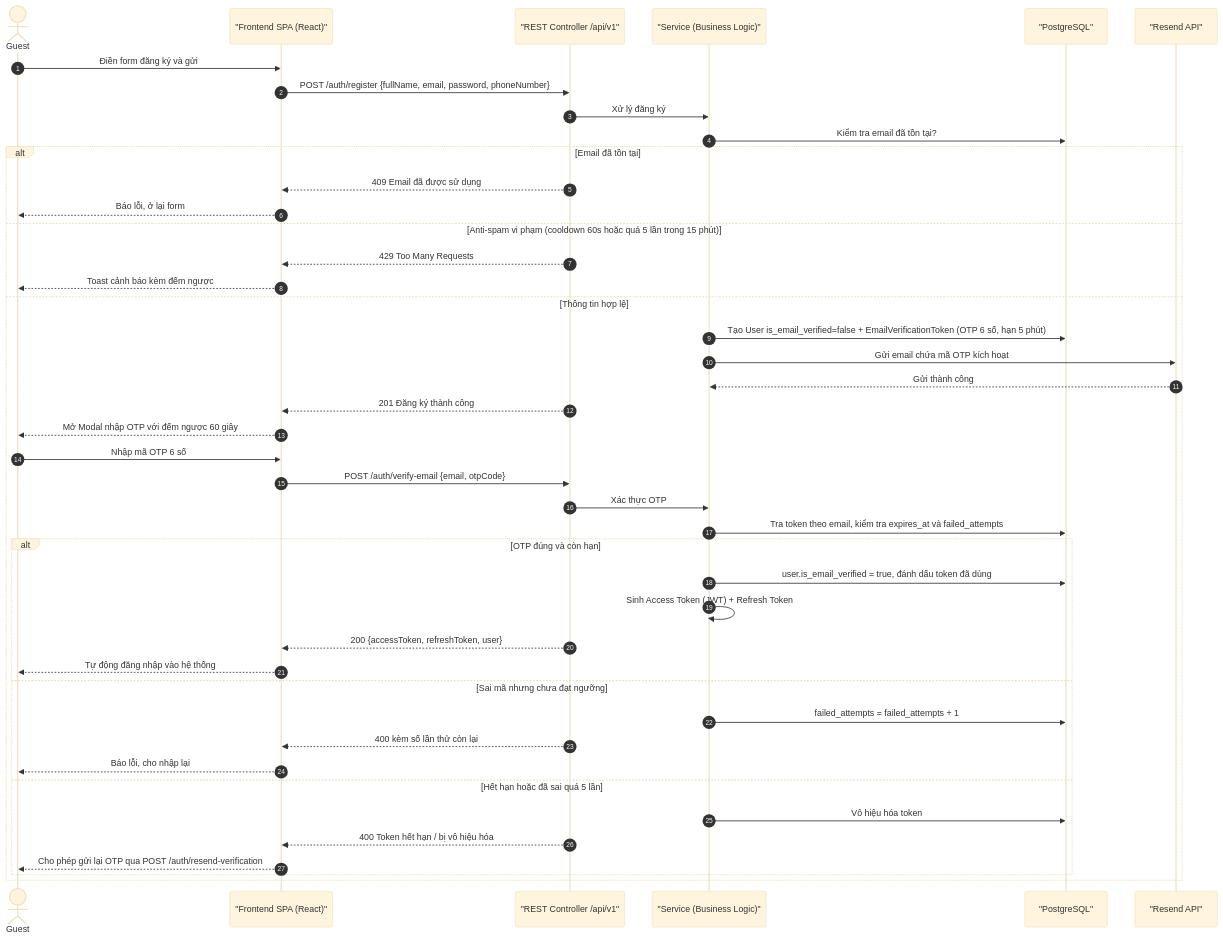
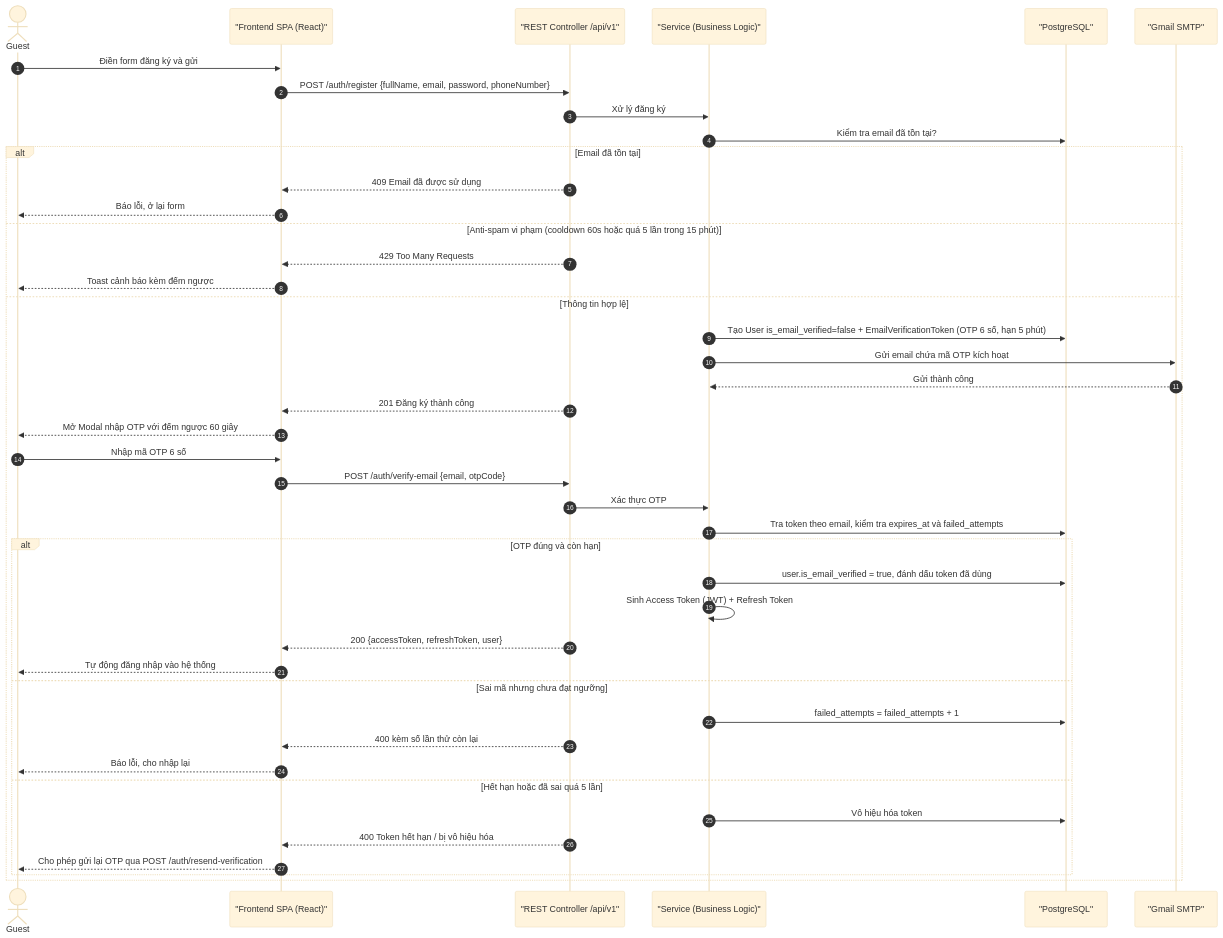
One commit to dinhtuandev/EcoMart changed the first of 2 diagrams in docs/diagrams/sequence/auth-register-login-refresh.md. Above: the diagram before and after it, drawn with Mermaid (base theme). The commit also changed 63 other files, not shown here.

````diff
--- a/docs/diagrams/sequence/auth-register-login-refresh.md
+++ b/docs/diagrams/sequence/auth-register-login-refresh.md
@@ -18,49 +18,49 @@
 ```mermaid
 sequenceDiagram
     autonumber
     actor G as Guest
     participant FE as "Frontend SPA (React)"
     participant CTL as "REST Controller /api/v1"
     participant SVC as "Service (Business Logic)"
     participant DB as "PostgreSQL"
-    participant RES as "Resend API"
+    participant SMTP as "Gmail SMTP"
 
     G->>FE: Điền form đăng ký và gửi
     FE->>CTL: POST /auth/register {fullName, email, password, phoneNumber}
     CTL->>SVC: Xử lý đăng ký
     SVC->>DB: Kiểm tra email đã tồn tại?
 
     alt Email đã tồn tại
         CTL-->>FE: 409 Email đã được sử dụng
         FE-->>G: Báo lỗi, ở lại form
     else Anti-spam vi phạm (cooldown 60s hoặc quá 5 lần trong 15 phút)
         CTL-->>FE: 429 Too Many Requests
         FE-->>G: Toast cảnh báo kèm đếm ngược
     else Thông tin hợp lệ
         SVC->>DB: Tạo User is_email_verified=false + EmailVerificationToken (OTP 6 số, hạn 5 phút)
-        SVC->>RES: Gửi email chứa mã OTP kích hoạt
-        RES-->>SVC: Gửi thành công
+        SVC->>SMTP: Gửi email chứa mã OTP kích hoạt
+        SMTP-->>SVC: Gửi thành công
         CTL-->>FE: 201 Đăng ký thành công
         FE-->>G: Mở Modal nhập OTP với đếm ngược 60 giây
 
         G->>FE: Nhập mã OTP 6 số
         FE->>CTL: POST /auth/verify-email {email, otpCode}
         CTL->>SVC: Xác thực OTP
         SVC->>DB: Tra token theo email, kiểm tra expires_at và failed_attempts
 
         alt OTP đúng và còn hạn
             SVC->>DB: user.is_email_verified = true, đánh dấu token đã dùng
             SVC->>SVC: Sinh Access Token (JWT) + Refresh Token
             CTL-->>FE: 200 {accessToken, refreshToken, user}
             FE-->>G: Tự động đăng nhập vào hệ thống
         else Sai mã nhưng chưa đạt ngưỡng
             SVC->>DB: failed_attempts = failed_attempts + 1
             CTL-->>FE: 400 kèm số lần thử còn lại
             FE-->>G: Báo lỗi, cho nhập lại
         else Hết hạn hoặc đã sai quá 5 lần
             SVC->>DB: Vô hiệu hóa token
             CTL-->>FE: 400 Token hết hạn / bị vô hiệu hóa
             FE-->>G: Cho phép gửi lại OTP qua POST /auth/resend-verification
         end
     end
 ```
````
